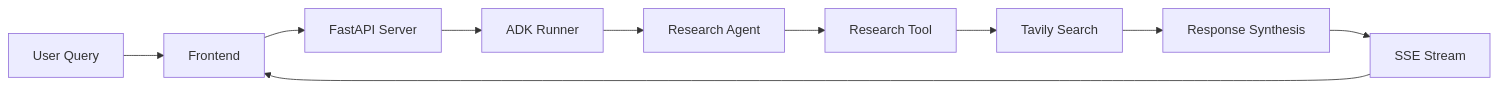
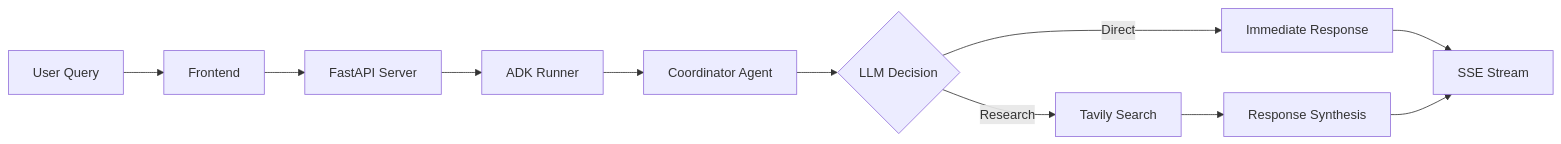
The diagram in README.md (dino-research/a2a-client), drawn with Mermaid before and after one commit. The commit also changed other lines of this file and 12 other files, not shown here.

````diff
--- a/README.md
+++ b/README.md
@@ -182,12 +192,13 @@
 ```mermaid
 graph LR
     A[User Query] --> B[Frontend]
     B --> C[FastAPI Server]
     C --> D[ADK Runner]
-    D --> E[Research Agent]
-    E --> F[Research Tool]
-    F --> G[Tavily Search]
-    G --> H[Response Synthesis]
-    H --> I[SSE Stream]
-    I --> B
+    D --> E[Coordinator Agent]
+    E --> F{LLM Decision}
+    F -->|Direct| G[Immediate Response]
+    F -->|Research| H[Tavily Search]
+    H --> I[Response Synthesis]
+    G --> J[SSE Stream]
+    I --> J
 ```
````
